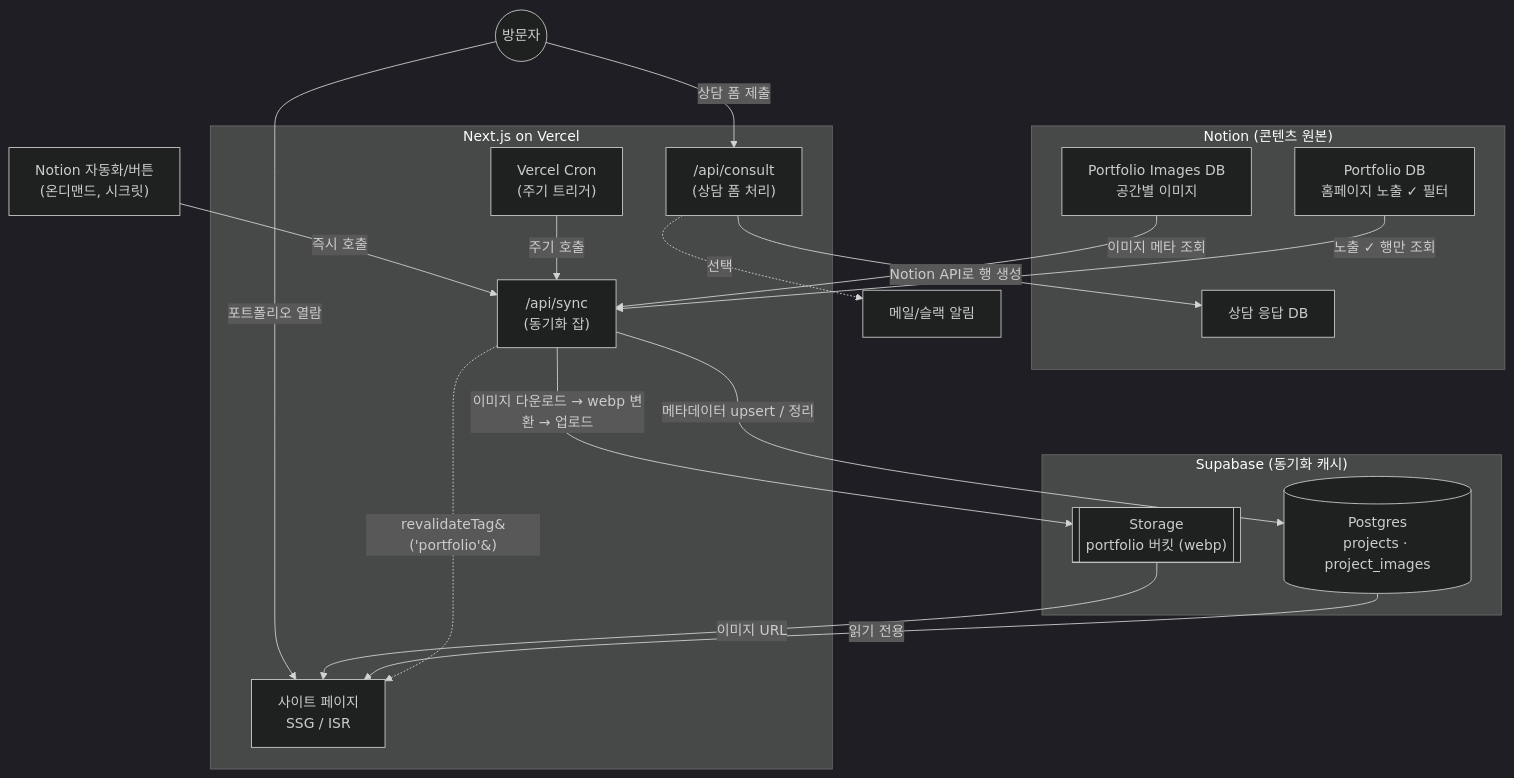
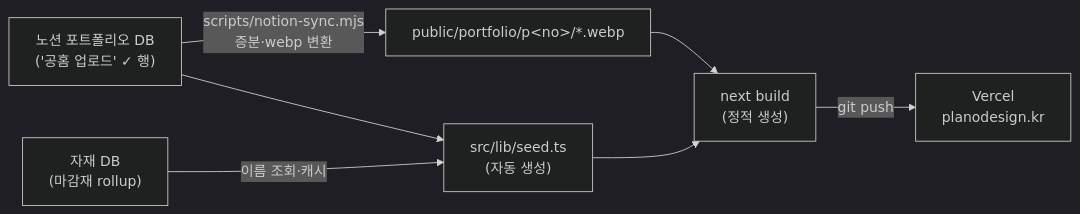
One commit to chodavid12/plano-homepage changed the diagram in docs/architecture.md. Above: the diagram before and after it, drawn with Mermaid (dark theme). The commit also changed other lines of this file and 9 other files, not shown here.

````diff
--- a/docs/architecture.md
+++ b/docs/architecture.md
@@ -9,37 +5,9 @@
 ```mermaid
-flowchart TD
-    subgraph Notion["Notion (콘텐츠 원본)"]
-        P["Portfolio DB<br/>홈페이지 노출 ✓ 필터"]
-        I["Portfolio Images DB<br/>공간별 이미지"]
-        C["상담 응답 DB"]
-    end
-
-    subgraph Vercel["Next.js on Vercel"]
-        SYNC["/api/sync<br/>(동기화 잡)"]
-        CONSULT["/api/consult<br/>(상담 폼 처리)"]
-        SITE["사이트 페이지<br/>SSG / ISR"]
-        CRON["Vercel Cron<br/>(주기 트리거)"]
-    end
-
-    subgraph Supabase["Supabase (동기화 캐시)"]
-        DB[("Postgres<br/>projects · project_images")]
-        STORE[["Storage<br/>portfolio 버킷 (webp)"]]
-    end
-
-    CRON -->|주기 호출| SYNC
-    NOTIFY["Notion 자동화/버튼<br/>(온디맨드, 시크릿)"] -->|즉시 호출| SYNC
-
-    P -->|노출 ✓ 행만 조회| SYNC
-    I -->|이미지 메타 조회| SYNC
-    SYNC -->|이미지 다운로드 → webp 변환 → 업로드| STORE
-    SYNC -->|메타데이터 upsert / 정리| DB
-    SYNC -.->|revalidateTag&#40;'portfolio'&#41;| SITE
-
-    DB -->|읽기 전용| SITE
-    STORE -->|이미지 URL| SITE
-
-    USER(("방문자")) -->|포트폴리오 열람| SITE
-    USER -->|상담 폼 제출| CONSULT
-    CONSULT -->|Notion API로 행 생성| C
-    CONSULT -.->|선택| ALERT["메일/슬랙 알림"]
+flowchart LR
+    N["노션 포트폴리오 DB<br/>('공홈 업로드' ✓ 행)"] -->|scripts/notion-sync.mjs<br/>증분·webp 변환| P["public/portfolio/p&lt;no&gt;/*.webp"]
+    N --> S["src/lib/seed.ts<br/>(자동 생성)"]
+    M["자재 DB<br/>(마감재 rollup)"] -->|이름 조회·캐시| S
+    P --> B["next build<br/>(정적 생성)"]
+    S --> B
+    B -->|git push| V["Vercel<br/>planodesign.kr"]
 ```
````
